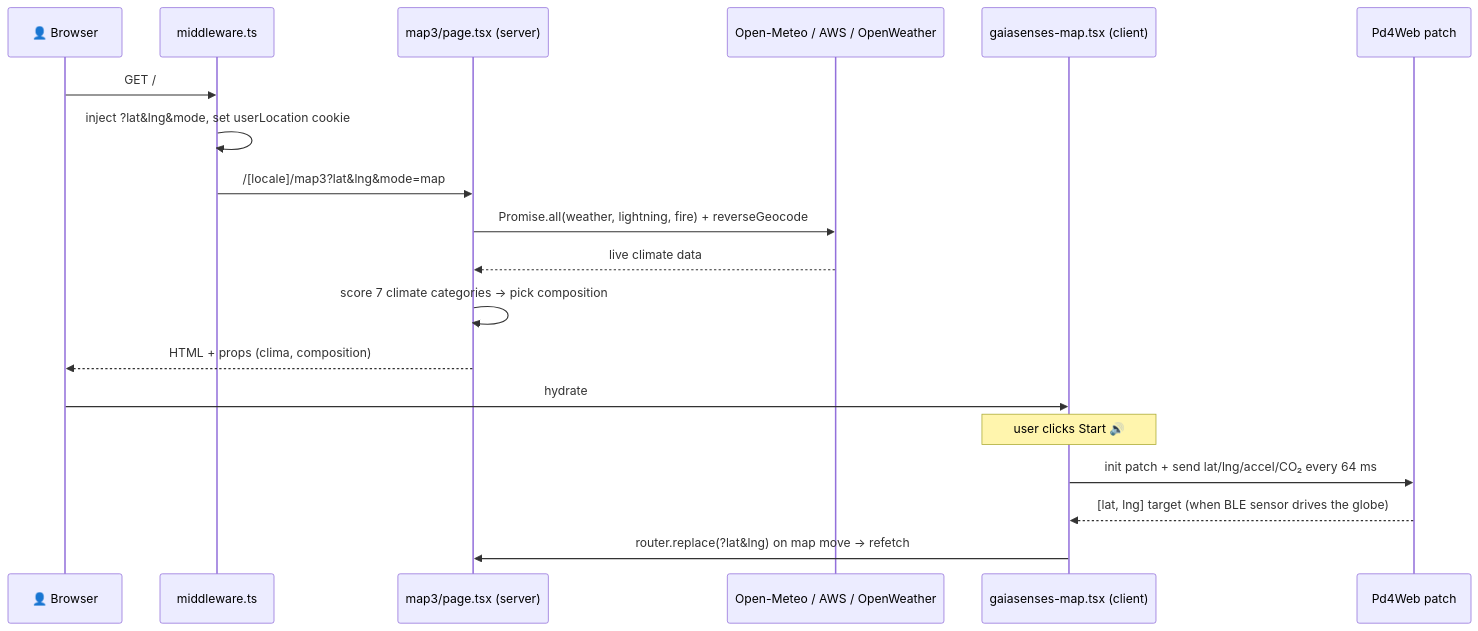
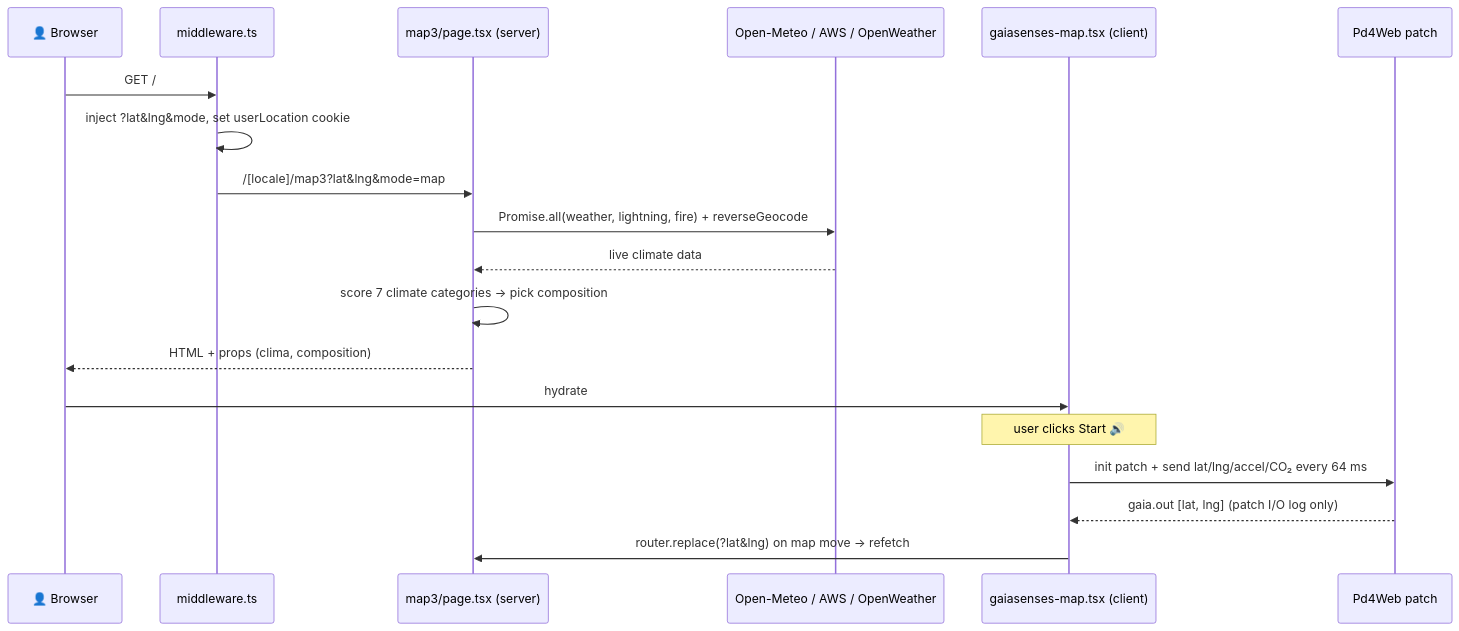
One commit to GaiaSenses/Gaiasenses-web changed the second of 2 diagrams in README.md. Above: the diagram before and after it, drawn with Mermaid. The commit also changed other lines of this file, not shown here.

````diff
--- a/README.md
+++ b/README.md
@@ -270,22 +271,22 @@
 ```mermaid
 sequenceDiagram
     participant U as 👤 Browser
     participant MW as middleware.ts
     participant SC as map3/page.tsx (server)
     participant EXT as Open-Meteo / AWS / OpenWeather
     participant GM as gaiasenses-map.tsx (client)
     participant PD as Pd4Web patch
 
     U->>MW: GET /
     MW->>MW: inject ?lat&lng&mode, set userLocation cookie
     MW->>SC: /[locale]/map3?lat&lng&mode=map
     SC->>EXT: Promise.all(weather, lightning, fire) + reverseGeocode
     EXT-->>SC: live climate data
     SC->>SC: score 7 climate categories → pick composition
     SC-->>U: HTML + props (clima, composition)
     U->>GM: hydrate
     Note over GM: user clicks Start 🔊
     GM->>PD: init patch + send lat/lng/accel/CO₂ every 64 ms
-    PD-->>GM: [lat, lng] target (when BLE sensor drives the globe)
+    PD-->>GM: gaia.out [lat, lng] (patch I/O log only)
     GM->>SC: router.replace(?lat&lng) on map move → refetch
 ```
````
